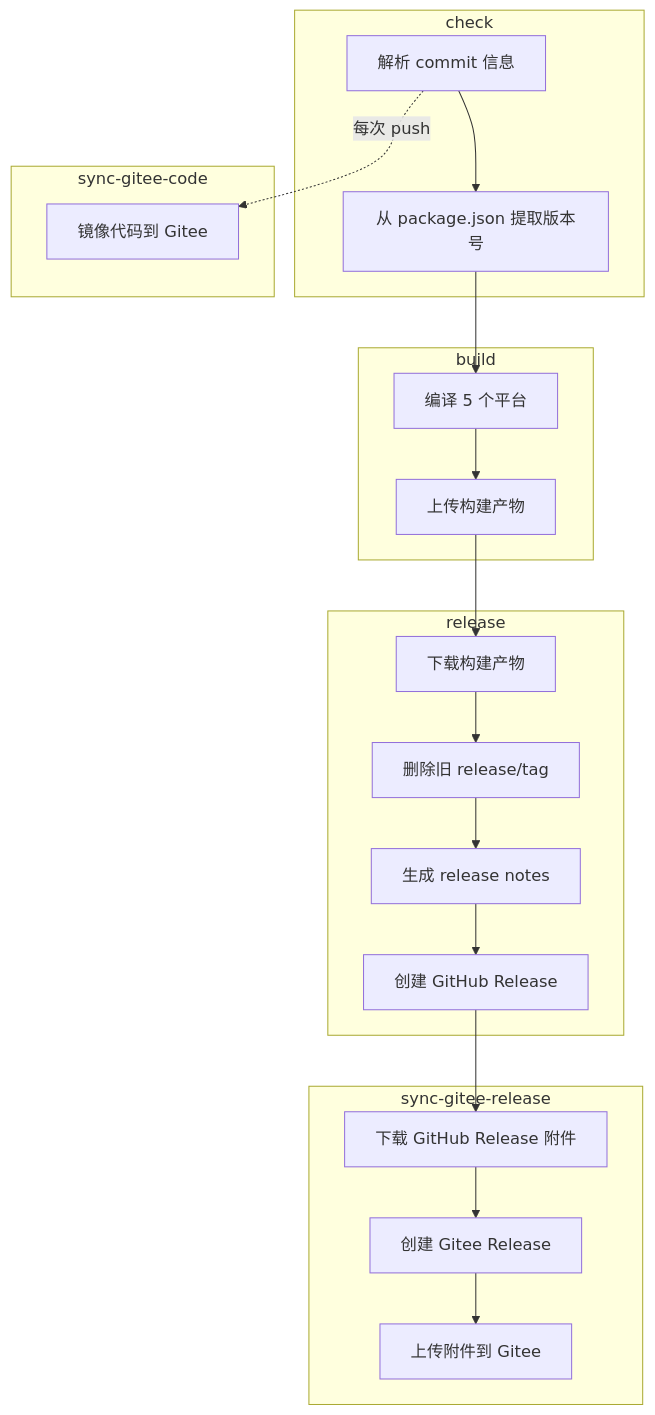
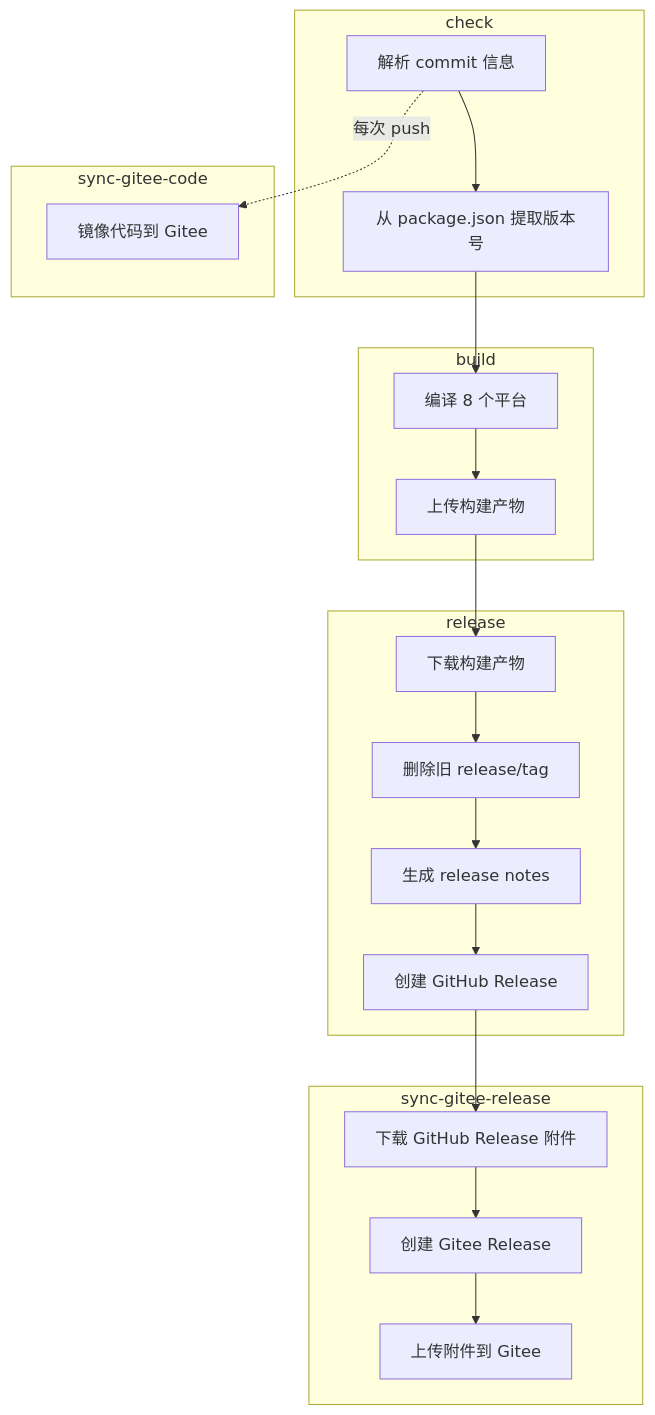
The diagram in .github/workflows/build-go-renderer.md (VincentZyuApps/koishi-plugin-wydashen-guangyi-query), drawn with Mermaid before and after one commit. The commit also changed other lines of this file and 3 other files, not shown here.

````diff
--- a/.github/workflows/build-go-renderer.md
+++ b/.github/workflows/build-go-renderer.md
@@ -89,38 +94,38 @@
 ```mermaid
 flowchart TB
     subgraph check["check"]
         C1[解析 commit 信息]
         C2[从 package.json 提取版本号]
     end
 
     subgraph syncCode["sync-gitee-code"]
         SC1[镜像代码到 Gitee]
     end
 
     subgraph build["build"]
-        B1[编译 5 个平台]
+        B1[编译 8 个平台]
         B2[上传构建产物]
     end
 
     subgraph release["release"]
         R1[下载构建产物]
         R2[删除旧 release/tag]
         R3[生成 release notes]
         R4[创建 GitHub Release]
     end
 
     subgraph syncRelease["sync-gitee-release"]
         SR1[下载 GitHub Release 附件]
         SR2[创建 Gitee Release]
         SR3[上传附件到 Gitee]
     end
 
     C1 --> C2
     C1 -."每次 push".-> SC1
     C2 --> B1
     B1 --> B2
     B2 --> R1
     R1 --> R2 --> R3 --> R4
     R4 --> SR1
     SR1 --> SR2 --> SR3
 ```
````
